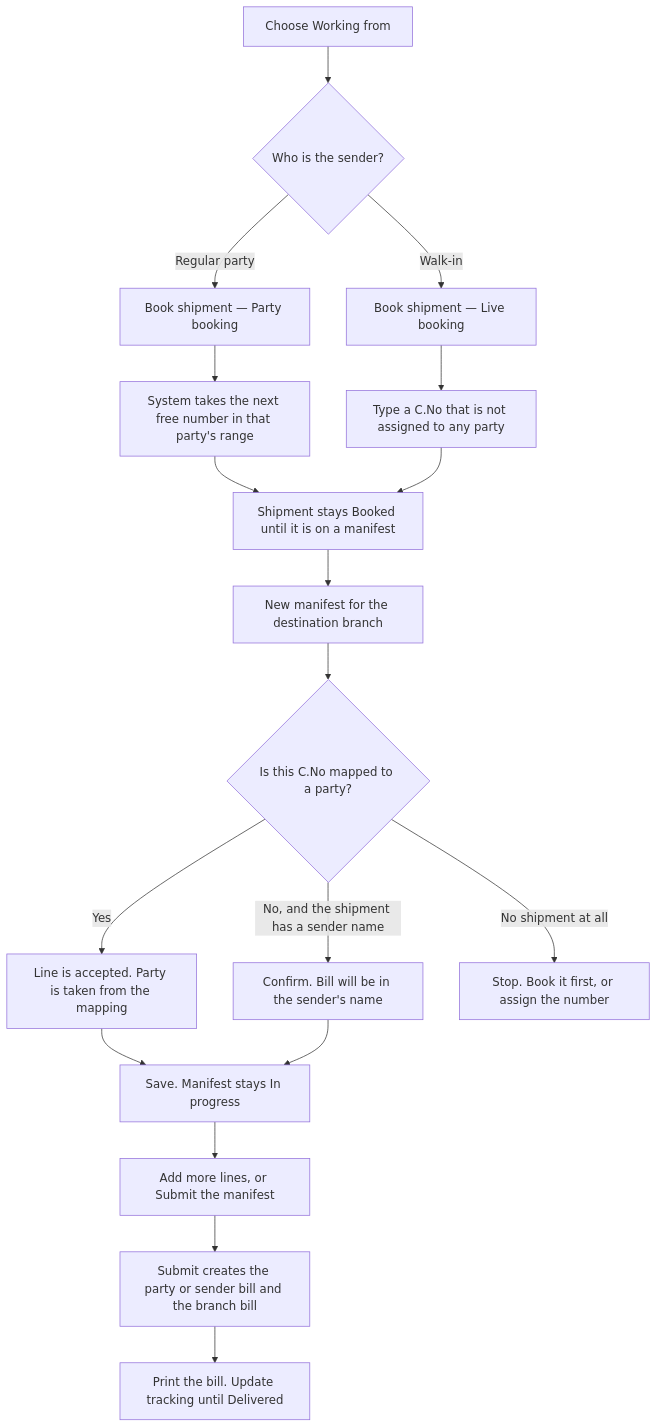
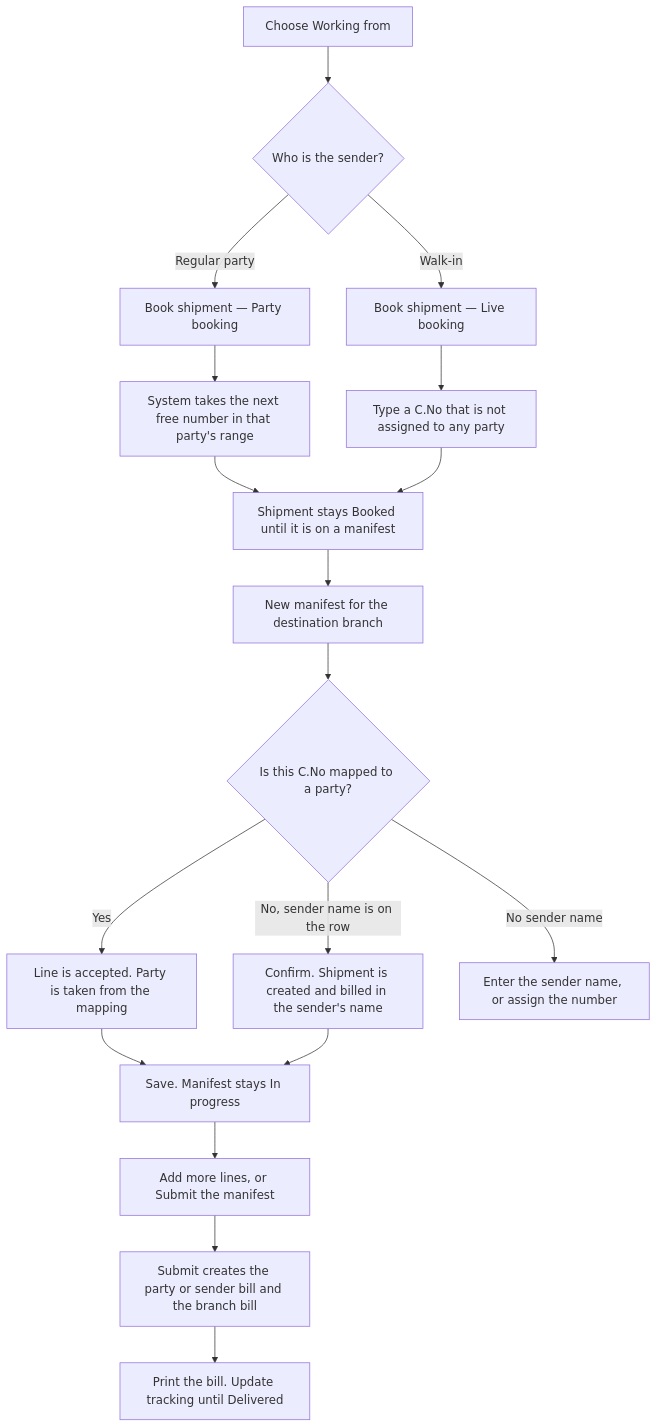
Before and after one commit to AmansinghtomarLN/ExpressCorporationIndia: the third of 4 diagrams in docs/USER-GUIDE.md, drawn with Mermaid. The commit also changed other lines of this file and 14 other files, not shown here.

````diff
--- a/docs/USER-GUIDE.md
+++ b/docs/USER-GUIDE.md
@@ -190,20 +190,20 @@
 ```mermaid
 flowchart TD
     A["Choose Working from"] --> B{"Who is the sender?"}
     B -->|Regular party| C["Book shipment — Party booking"]
     B -->|Walk-in| D["Book shipment — Live booking"]
     C --> E["System takes the next free number in that party's range"]
     D --> F["Type a C.No that is not assigned to any party"]
     E --> G["Shipment stays Booked until it is on a manifest"]
     F --> G
     G --> H["New manifest for the destination branch"]
     H --> I{"Is this C.No mapped to a party?"}
     I -->|Yes| J["Line is accepted. Party is taken from the mapping"]
-    I -->|No, and the shipment has a sender name| K["Confirm. Bill will be in the sender's name"]
-    I -->|No shipment at all| L["Stop. Book it first, or assign the number"]
+    I -->|No, sender name is on the row| K["Confirm. Shipment is created and billed in the sender's name"]
+    I -->|No sender name| L["Enter the sender name, or assign the number"]
     J --> M["Save. Manifest stays In progress"]
     K --> M
     M --> N["Add more lines, or Submit the manifest"]
     N --> O["Submit creates the party or sender bill and the branch bill"]
     O --> P["Print the bill. Update tracking until Delivered"]
 ```
````
